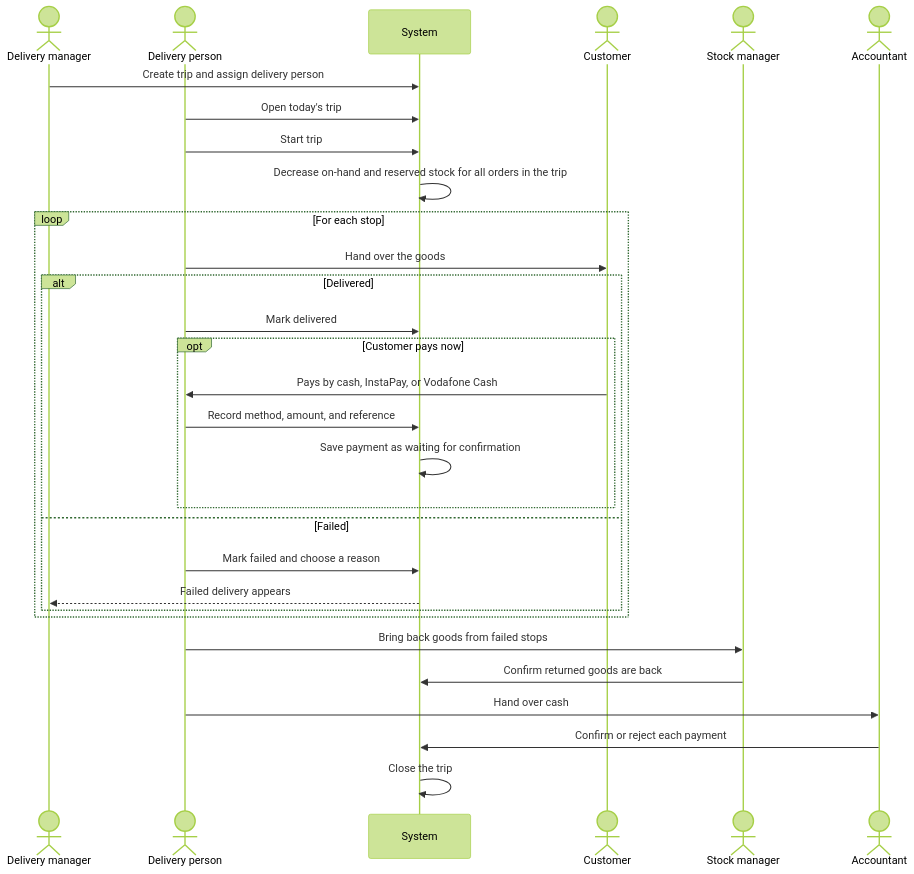
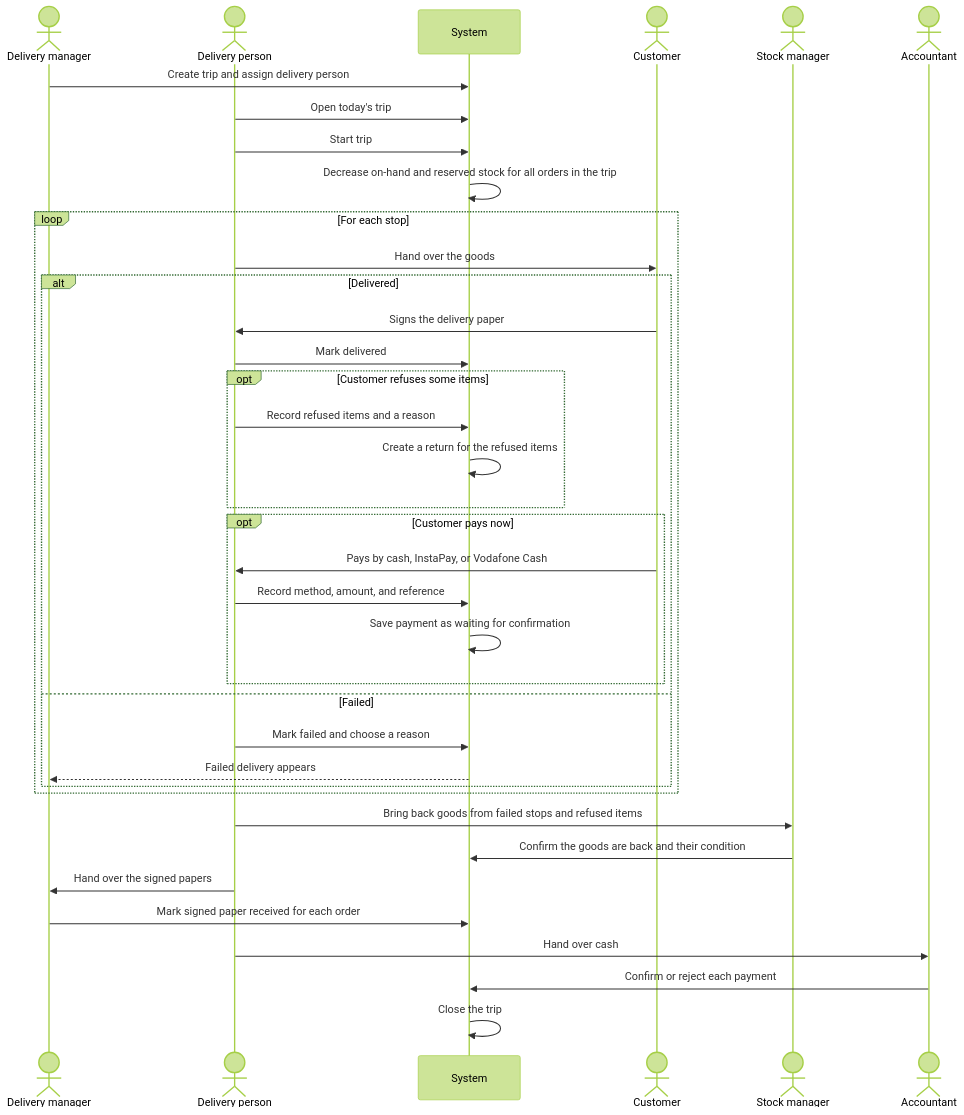
The fifth of 5 diagrams in docs/workflows/04-delivery.md (AhmedElnagarUU/Cosmo), drawn with Mermaid (forest theme) before and after one commit. The commit also changed other lines of this file and 28 other files, not shown here.

````diff
--- a/docs/workflows/04-delivery.md
+++ b/docs/workflows/04-delivery.md
@@ -46,33 +59,40 @@
 ```mermaid
 sequenceDiagram
     actor M as Delivery manager
     actor D as Delivery person
     participant S as System
     actor C as Customer
     actor K as Stock manager
     actor A as Accountant
 
     M->>S: Create trip and assign delivery person
     D->>S: Open today's trip
     D->>S: Start trip
     S->>S: Decrease on-hand and reserved stock for all orders in the trip
     loop For each stop
         D->>C: Hand over the goods
         alt Delivered
+            C->>D: Signs the delivery paper
             D->>S: Mark delivered
+            opt Customer refuses some items
+                D->>S: Record refused items and a reason
+                S->>S: Create a return for the refused items
+            end
             opt Customer pays now
                 C->>D: Pays by cash, InstaPay, or Vodafone Cash
                 D->>S: Record method, amount, and reference
                 S->>S: Save payment as waiting for confirmation
             end
         else Failed
             D->>S: Mark failed and choose a reason
             S-->>M: Failed delivery appears
         end
     end
-    D->>K: Bring back goods from failed stops
-    K->>S: Confirm returned goods are back
+    D->>K: Bring back goods from failed stops and refused items
+    K->>S: Confirm the goods are back and their condition
+    D->>M: Hand over the signed papers
+    M->>S: Mark signed paper received for each order
     D->>A: Hand over cash
     A->>S: Confirm or reject each payment
     S->>S: Close the trip
 ```
````
